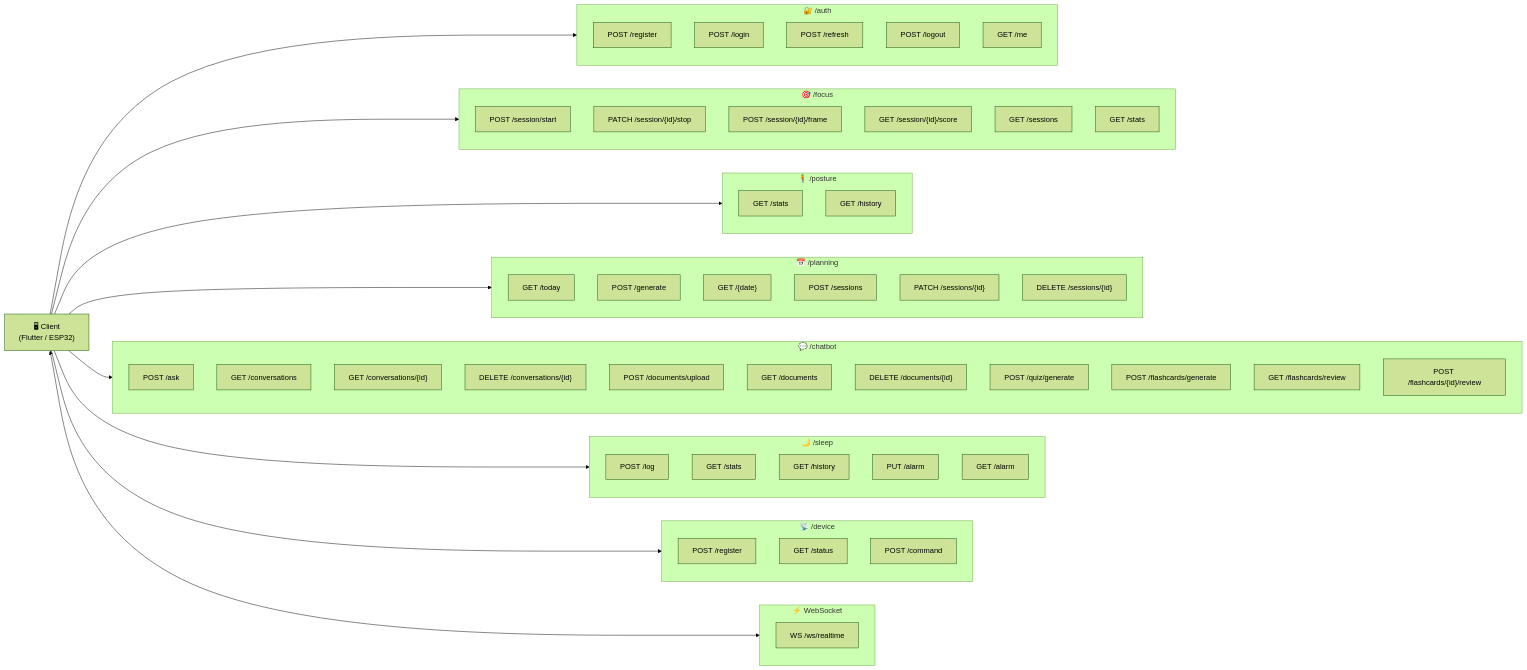
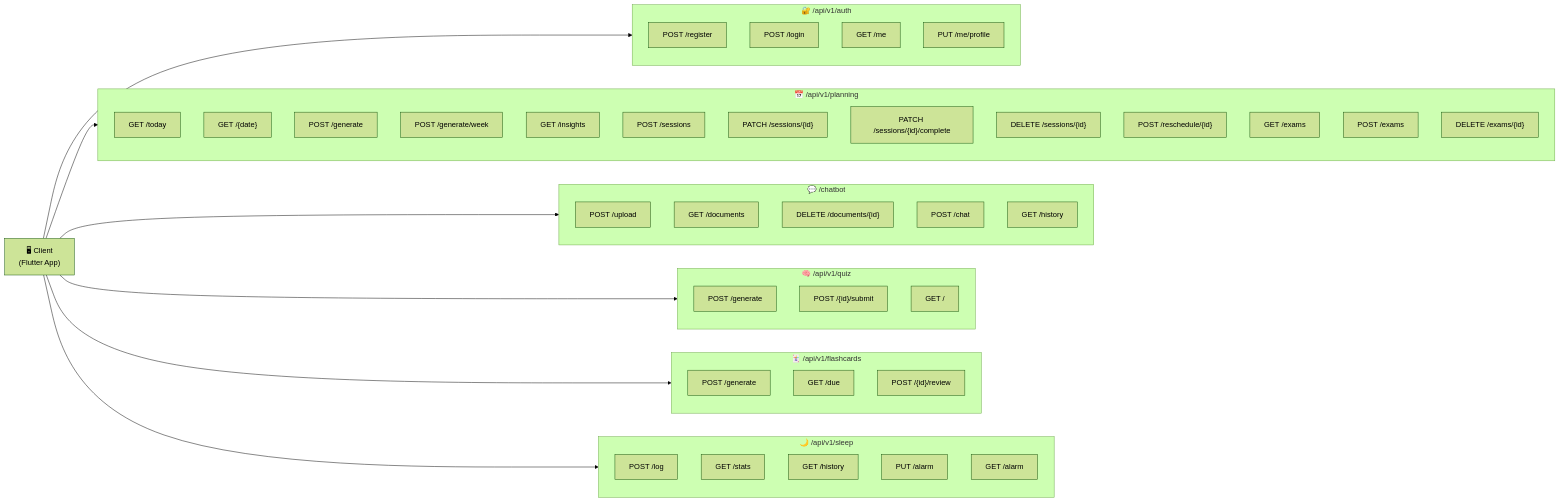
One commit to Jkacem/smart_focus changed the first of 4 diagrams in docs/Conception_Endpoints_API.md. Above: the diagram before and after it, drawn with Mermaid (forest theme). The commit also changed other lines of this file and 8 other files, not shown here.

````diff
--- a/docs/Conception_Endpoints_API.md
+++ b/docs/Conception_Endpoints_API.md
@@ -12,76 +14,62 @@
 ```mermaid
 graph LR
-    CLIENT["🖥 Client\n(Flutter / ESP32)"]
+    CLIENT["🖥 Client\n(Flutter App)"]
 
-    subgraph AUTH_GRP["🔐 /auth"]
+    subgraph AUTH_GRP["🔐 /api/v1/auth"]
         A1["POST /register"]
         A2["POST /login"]
-        A3["POST /refresh"]
-        A4["POST /logout"]
-        A5["GET  /me"]
+        A3["GET  /me"]
+        A4["PUT  /me/profile"]
     end
 
-    subgraph FOCUS_GRP["🎯 /focus"]
-        F1["POST /session/start"]
-        F2["PATCH /session/{id}/stop"]
-        F3["POST /session/{id}/frame"]
-        F4["GET  /session/{id}/score"]
-        F5["GET  /sessions"]
-        F6["GET  /stats"]
-    end
-
-    subgraph POSTURE_GRP["🧍 /posture"]
-        P1["GET  /stats"]
-        P2["GET  /history"]
-    end
-
-    subgraph PLANNING_GRP["📅 /planning"]
+    subgraph PLANNING_GRP["📅 /api/v1/planning"]
         PL1["GET  /today"]
-        PL2["POST /generate"]
-        PL3["GET  /{date}"]
-        PL4["POST /sessions"]
-        PL5["PATCH /sessions/{id}"]
-        PL6["DELETE /sessions/{id}"]
+        PL2["GET  /{date}"]
+        PL3["POST /generate"]
+        PL4["POST /generate/week"]
+        PL5["GET  /insights"]
+        PL6["POST /sessions"]
+        PL7["PATCH /sessions/{id}"]
+        PL8["PATCH /sessions/{id}/complete"]
+        PL9["DELETE /sessions/{id}"]
+        PL10["POST /reschedule/{id}"]
+        PL11["GET  /exams"]
+        PL12["POST /exams"]
+        PL13["DELETE /exams/{id}"]
     end
 
     subgraph CHATBOT_GRP["💬 /chatbot"]
-        C1["POST /ask"]
-        C2["GET  /conversations"]
-        C3["GET  /conversations/{id}"]
-        C4["DELETE /conversations/{id}"]
-        C5["POST /documents/upload"]
-        C6["GET  /documents"]
-        C7["DELETE /documents/{id}"]
-        C8["POST /quiz/generate"]
-        C9["POST /flashcards/generate"]
-        C10["GET  /flashcards/review"]
-        C11["POST /flashcards/{id}/review"]
+        C1["POST /upload"]
+        C2["GET  /documents"]
+        C3["DELETE /documents/{id}"]
+        C4["POST /chat"]
+        C5["GET  /history"]
     end
 
-    subgraph SLEEP_GRP["🌙 /sleep"]
+    subgraph QUIZ_GRP["🧠 /api/v1/quiz"]
+        Q1["POST /generate"]
+        Q2["POST /{id}/submit"]
+        Q3["GET  /"]
+    end
+
+    subgraph FLASH_GRP["🃏 /api/v1/flashcards"]
+        F1["POST /generate"]
+        F2["GET  /due"]
+        F3["POST /{id}/review"]
+    end
+
+    subgraph SLEEP_GRP["🌙 /api/v1/sleep"]
         S1["POST /log"]
         S2["GET  /stats"]
         S3["GET  /history"]
         S4["PUT  /alarm"]
         S5["GET  /alarm"]
     end
 
-    subgraph DEVICE_GRP["📡 /device"]
-        D1["POST /register"]
-        D2["GET  /status"]
-        D3["POST /command"]
-    end
-
-    subgraph WS_GRP["⚡ WebSocket"]
-        WS1["WS /ws/realtime"]
-    end
-
     CLIENT --> AUTH_GRP
-    CLIENT --> FOCUS_GRP
-    CLIENT --> POSTURE_GRP
     CLIENT --> PLANNING_GRP
     CLIENT --> CHATBOT_GRP
+    CLIENT --> QUIZ_GRP
+    CLIENT --> FLASH_GRP
     CLIENT --> SLEEP_GRP
-    CLIENT --> DEVICE_GRP
-    CLIENT <--> WS_GRP
 ```
````
